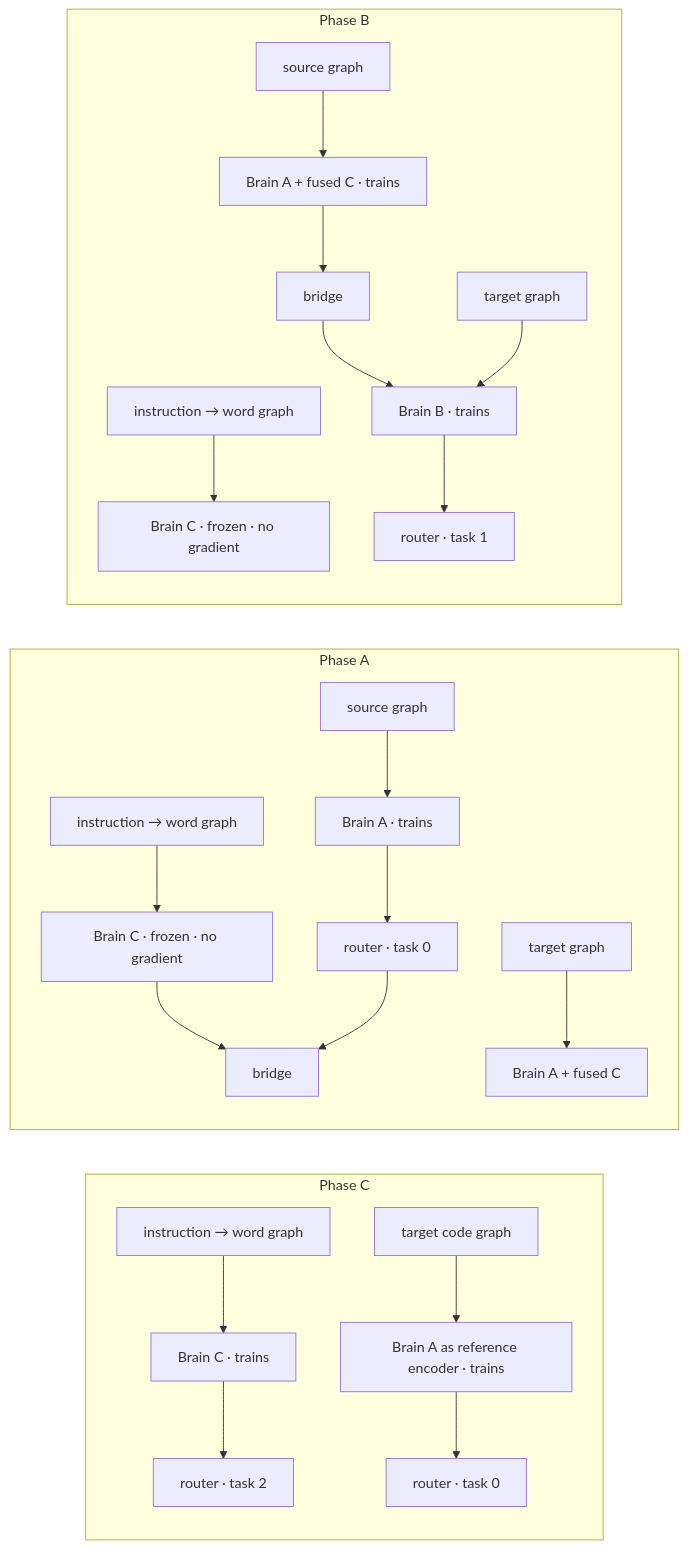
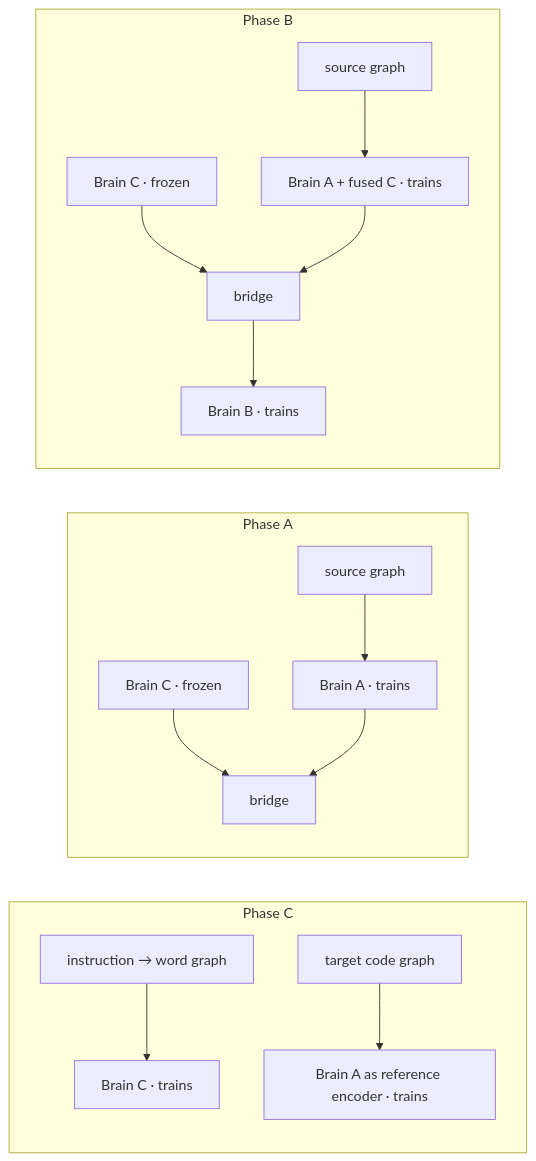
The fourth of 6 diagrams in README.md (FWKTechnologies/CodeMind-Code-Intelligence), drawn with Mermaid before and after one commit. The commit also changed other lines of this file, not shown here.

````diff
--- a/README.md
+++ b/README.md
@@ -332,23 +367,16 @@
 ```mermaid
 flowchart LR
     subgraph PC[Phase C]
       LG1[instruction → word graph] --> BC1[Brain C · trains]
       TG1[target code graph] --> BA1[Brain A as reference encoder · trains]
-      BC1 --> R1[router · task 2]
-      BA1 --> R0[router · task 0]
     end
     subgraph PA[Phase A]
-      LG2[instruction → word graph] --> BC2[Brain C · frozen · no gradient]
-      BC2 --> BRG[bridge]
-      SG2[source graph] --> BA2[Brain A · trains]
-      BA2 --> RA[router · task 0] --> BRG
-      TG2[target graph] --> BA3[Brain A + fused C]
+      BC2[Brain C · frozen] --> BRG[bridge]
+      SG2[source graph] --> BA2[Brain A · trains] --> BRG
     end
     subgraph PB[Phase B]
-      LG3[instruction → word graph] --> BC3[Brain C · frozen · no gradient]
+      BC3[Brain C · frozen] --> BRG2[bridge]
       SG3[source graph] --> BA4[Brain A + fused C · trains]
-      BA4 --> BRG2[bridge] --> BB4[Brain B · trains]
-      TG3[target graph] --> BB4
-      BB4 --> RB[router · task 1]
+      BA4 --> BRG2 --> BB4[Brain B · trains]
     end
 ```
````
